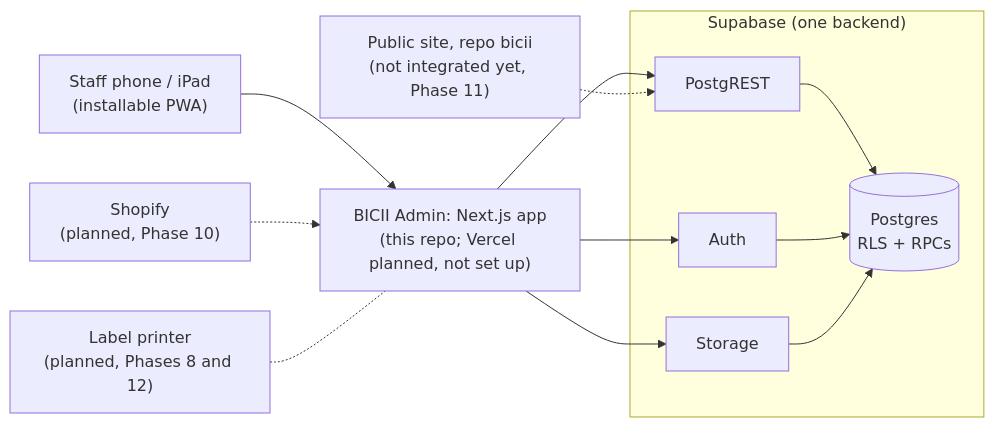
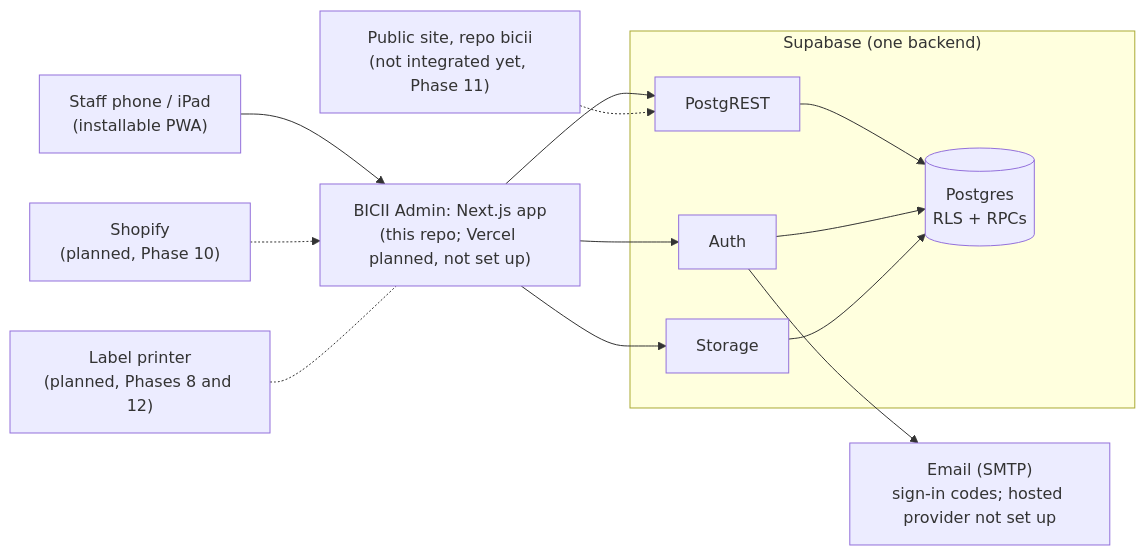
The diagram in docs/ARCHITECTURE.md (abhishekcheriangeorge-ops/bicii-book), drawn with Mermaid before and after one commit. The commit also changed other lines of this file and 13 other files, not shown here.

First line of the commit message:
Document staff email sign-in in the main line's docs stack and prove no seeded login has a password

````diff
--- a/docs/ARCHITECTURE.md
+++ b/docs/ARCHITECTURE.md
@@ -16,19 +17,20 @@
 ```mermaid
 flowchart LR
   staff["Staff phone / iPad<br/>(installable PWA)"] --> app["BICII Admin: Next.js app<br/>(this repo; Vercel planned, not set up)"]
   app --> auth
   app --> rest
   app --> storage
   subgraph supabase["Supabase (one backend)"]
     auth["Auth"]
     rest["PostgREST"]
     storage["Storage"]
     db[("Postgres<br/>RLS + RPCs")]
     rest --> db
     auth --> db
     storage --> db
   end
   public["Public site, repo bicii<br/>(not integrated yet, Phase 11)"] -.-> rest
   shopify["Shopify<br/>(planned, Phase 10)"] -.-> app
   printer["Label printer<br/>(planned, Phases 8 and 12)"] -.- app
+  auth --> mail["Email (SMTP)<br/>sign-in codes; hosted provider not set up"]
 ```
````
